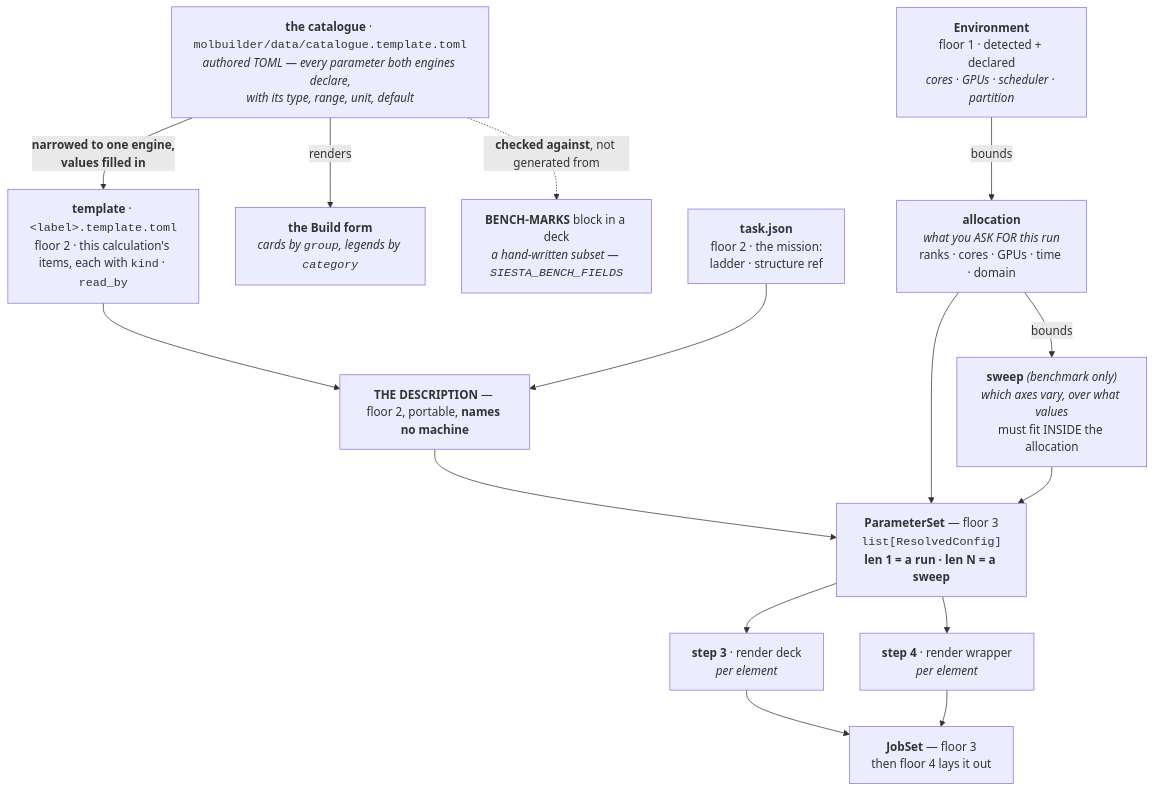
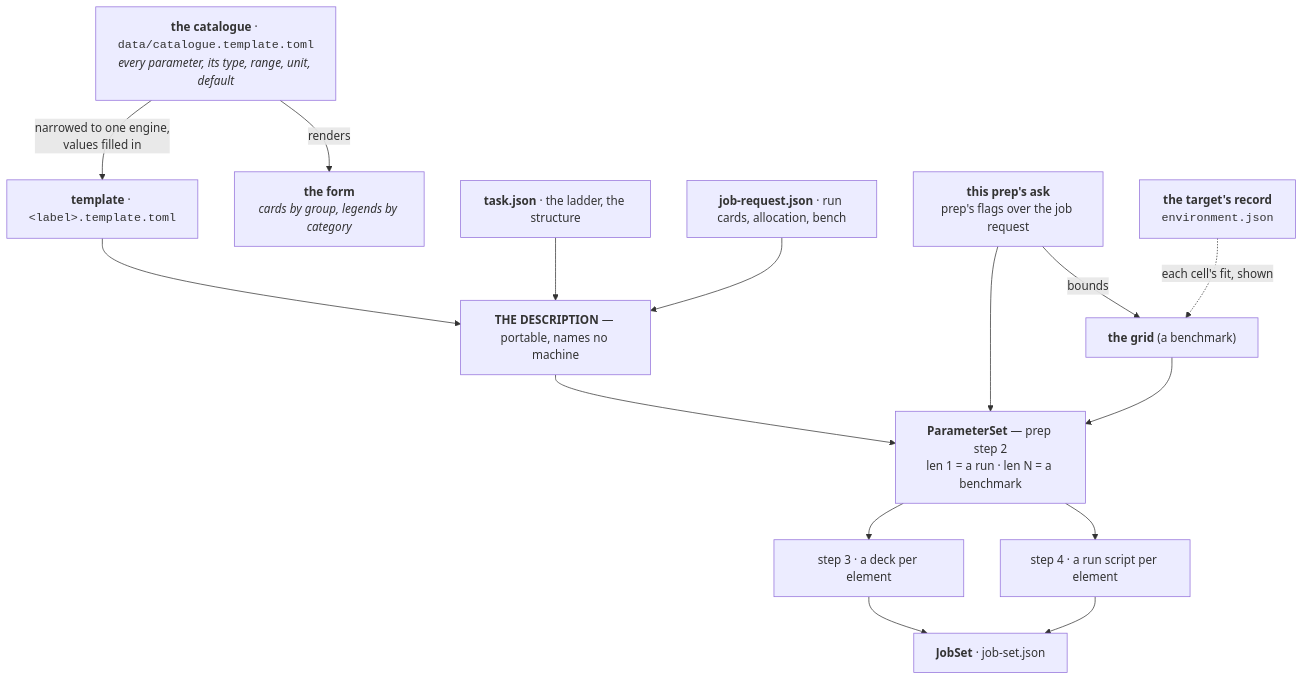
Before and after one commit to Qing-LAB/molbuilder: the diagram in docs/execution/generator.md, drawn with Mermaid. The commit also changed other lines of this file and 30 other files, not shown here.

````diff
--- a/docs/execution/generator.md
+++ b/docs/execution/generator.md
@@ -104,31 +89,22 @@
 ```mermaid
 flowchart TB
-    S["<b>the catalogue</b> · <code>molbuilder/data/catalogue.template.toml</code><br/><i>authored TOML — every parameter both engines declare,<br/>with its type, range, unit, default</i>"]
-
-    S -->|"<b>narrowed to one engine,<br/>values filled in</b>"| T["<b>template</b> · <code>&lt;label&gt;.template.toml</code><br/>floor 2 · this calculation's items, each with <code>kind</code> · <code>read_by</code>"]
-    S -->|"renders"| UIF["<b>the Build form</b><br/><i>cards by <code>group</code>, legends by <code>category</code></i>"]
-    S -.->|"<b>checked against</b>, not generated from"| BM["<b>BENCH-MARKS</b> block in a deck<br/><i>a hand-written subset — <code>SIESTA_BENCH_FIELDS</code></i>"]
-
+    S["<b>the catalogue</b> · <code>data/catalogue.template.toml</code><br/><i>every parameter, its type, range, unit, default</i>"]
+    S -->|"narrowed to one engine,<br/>values filled in"| T["<b>template</b> · <code>&lt;label&gt;.template.toml</code>"]
+    S -->|"renders"| UIF["<b>the form</b><br/><i>cards by group, legends by category</i>"]
     T --> D
-    TK["<b>task.json</b><br/>floor 2 · the mission:<br/>ladder · structure ref"] --> D
-
-    D["<b>THE DESCRIPTION</b> — floor 2, portable, <b>names no machine</b>"]
-
-    E["<b>Environment</b><br/>floor 1 · detected + declared<br/><i>cores · GPUs · scheduler · partition</i>"]
-    AL["<b>allocation</b><br/><i>what you ASK FOR this run</i><br/>ranks · cores · GPUs · time · domain"]
-    SW["<b>sweep</b> <i>(benchmark only)</i><br/><i>which axes vary, over what values</i><br/>must fit INSIDE the allocation"]
-
-    E -->|"bounds"| AL
-    AL -->|"bounds"| SW
-
+    TK["<b>task.json</b> · the ladder, the structure"] --> D
+    JR["<b>job-request.json</b> · run cards, allocation, bench"] --> D
+    D["<b>THE DESCRIPTION</b> — portable, names no machine"]
+    ASK["<b>this prep's ask</b><br/>prep's flags over the job request"]
+    REC["<b>the target's record</b><br/><code>environment.json</code>"]
     D --> R
-    AL --> R
+    ASK --> R
+    ASK -->|"bounds"| SW["<b>the grid</b> (a benchmark)"]
     SW --> R
-
-    R["<b>ParameterSet</b> — floor 3<br/><code>list[ResolvedConfig]</code><br/><b>len 1 = a run · len N = a sweep</b>"]
-
-    R --> DECK["<b>step 3</b> · render deck<br/><i>per element</i>"]
-    R --> WRAP["<b>step 4</b> · render wrapper<br/><i>per element</i>"]
-    DECK --> JS["<b>JobSet</b> — floor 3<br/>then floor 4 lays it out"]
+    REC -.->|"each cell's fit, shown"| SW
+    R["<b>ParameterSet</b> — prep step 2<br/>len 1 = a run · len N = a benchmark"]
+    R --> DECK["step 3 · a deck per element"]
+    R --> WRAP["step 4 · a run script per element"]
+    DECK --> JS["<b>JobSet</b> · job-set.json"]
     WRAP --> JS
 ```
````
